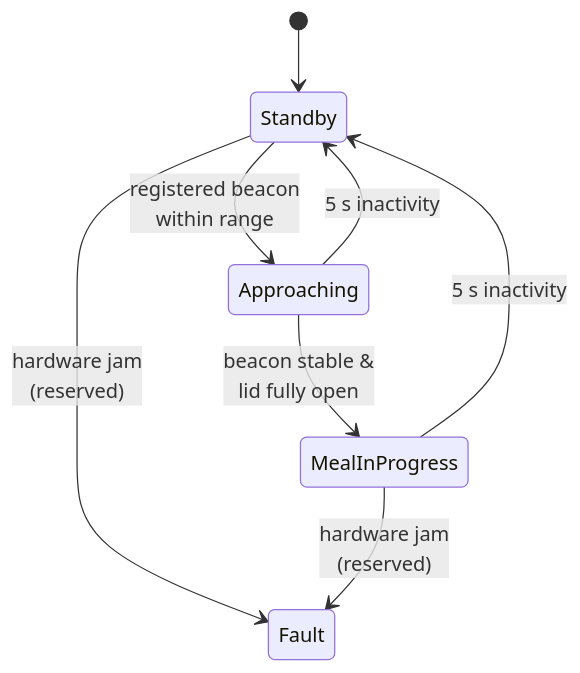
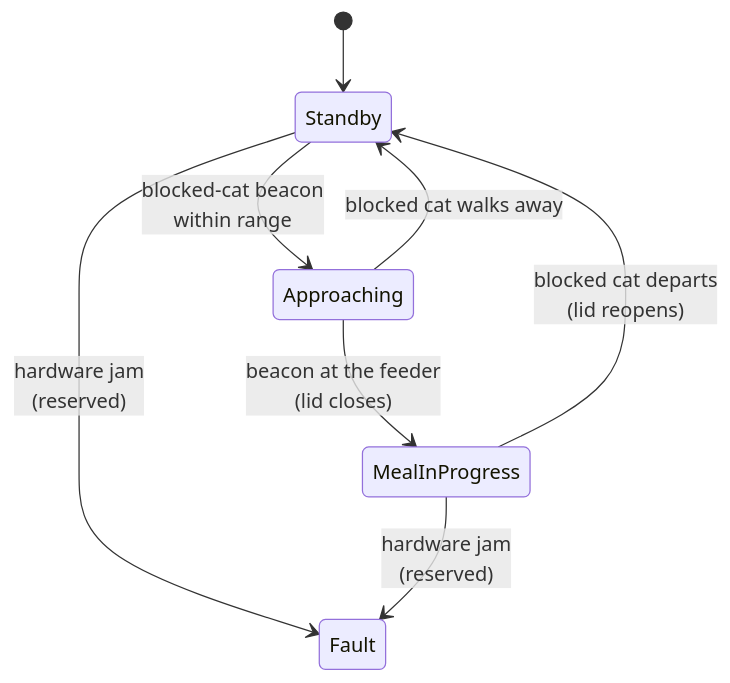
One commit to JoaoBerlese/selective_pet_access changed the second of 2 diagrams in docs/02_Architecture.md. Above: the diagram before and after it, drawn with Mermaid. The commit also changed other lines of this file and 10 other files, not shown here.

````diff
--- a/docs/02_Architecture.md
+++ b/docs/02_Architecture.md
@@ -55,10 +57,10 @@
 ```mermaid
 stateDiagram-v2
     [*] --> Standby
-    Standby --> Approaching: registered beacon<br/>within range
-    Approaching --> MealInProgress: beacon stable &<br/>lid fully open
-    MealInProgress --> Standby: 5 s inactivity
-    Approaching --> Standby: 5 s inactivity
+    Standby --> Approaching: blocked-cat beacon<br/>within range
+    Approaching --> MealInProgress: beacon at the feeder<br/>(lid closes)
+    MealInProgress --> Standby: blocked cat departs<br/>(lid reopens)
+    Approaching --> Standby: blocked cat walks away
     Standby --> Fault: hardware jam<br/>(reserved)
     MealInProgress --> Fault: hardware jam<br/>(reserved)
 ```
````
